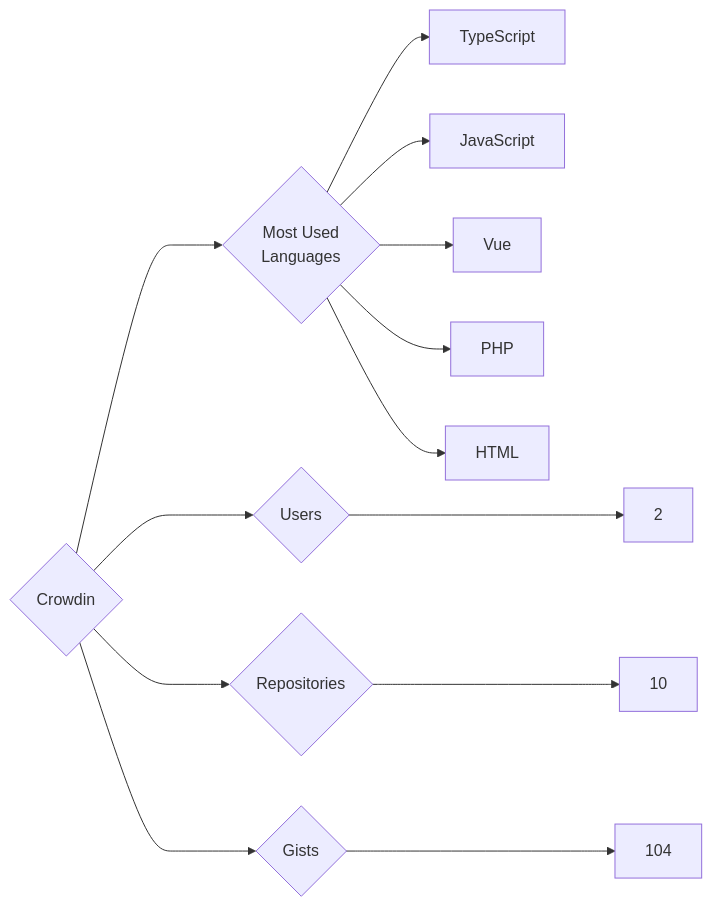
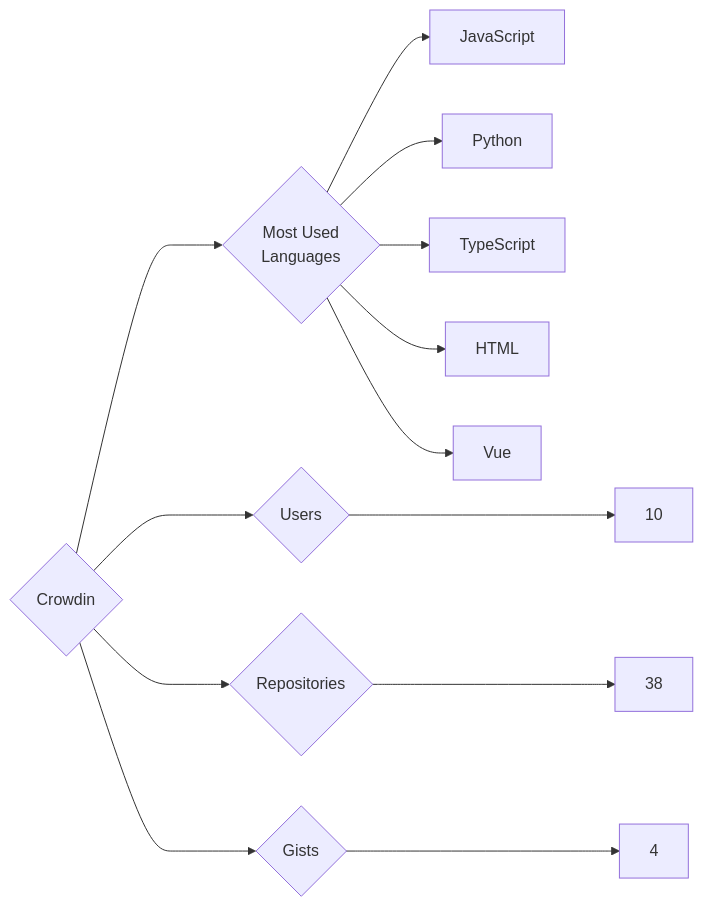
The diagram in targets/Crowdin/README.md (trickest/insiders), drawn with Mermaid before and after one commit. The commit also changed 1020 other files, not shown here.

````diff
--- a/targets/Crowdin/README.md
+++ b/targets/Crowdin/README.md
@@ -3,13 +3,13 @@
 ```mermaid
 graph LR
 COMPANY_NAME{Crowdin}
-COMPANY_NAME ---> U{Users} ---> UN[2]
-COMPANY_NAME ---> R{Repositories} ---> RN[10]
-COMPANY_NAME ---> G{Gists} ---> GN[104]
+COMPANY_NAME ---> U{Users} ---> UN[10]
+COMPANY_NAME ---> R{Repositories} ---> RN[38]
+COMPANY_NAME ---> G{Gists} ---> GN[4]
 COMPANY_NAME ---> ML{Most Used<br>Languages}
+ML --> JavaScript[JavaScript]
+ML --> Python[Python]
 ML --> TypeScript[TypeScript]
-ML --> JavaScript[JavaScript]
+ML --> HTML[HTML]
 ML --> Vue[Vue]
-ML --> PHP[PHP]
-ML --> HTML[HTML]
 ```
````
